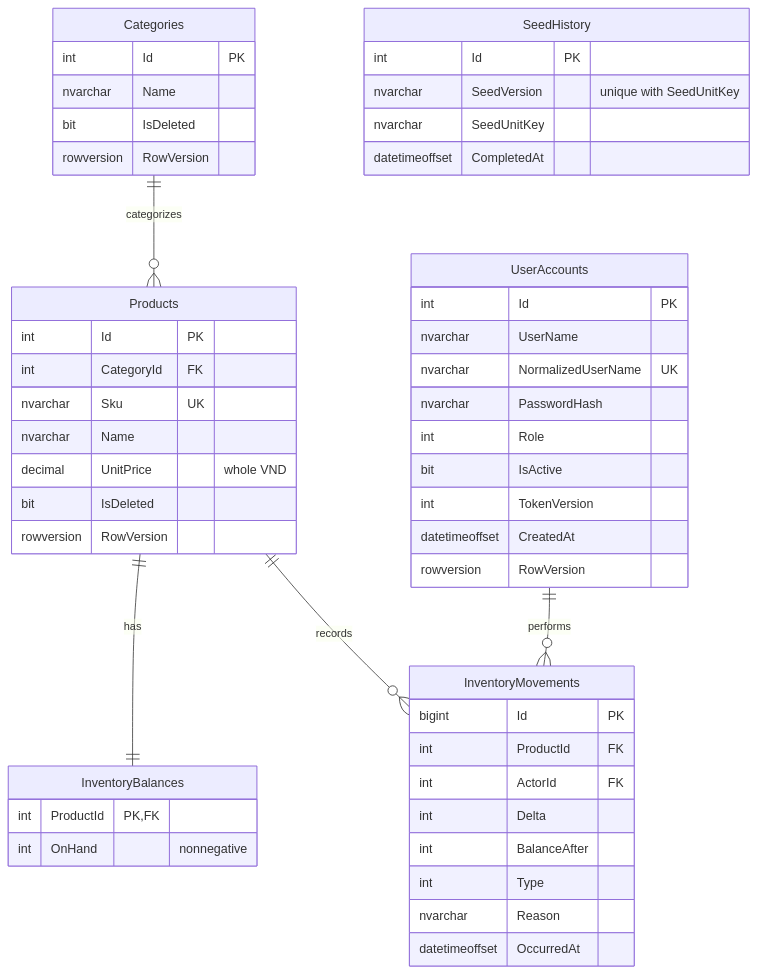
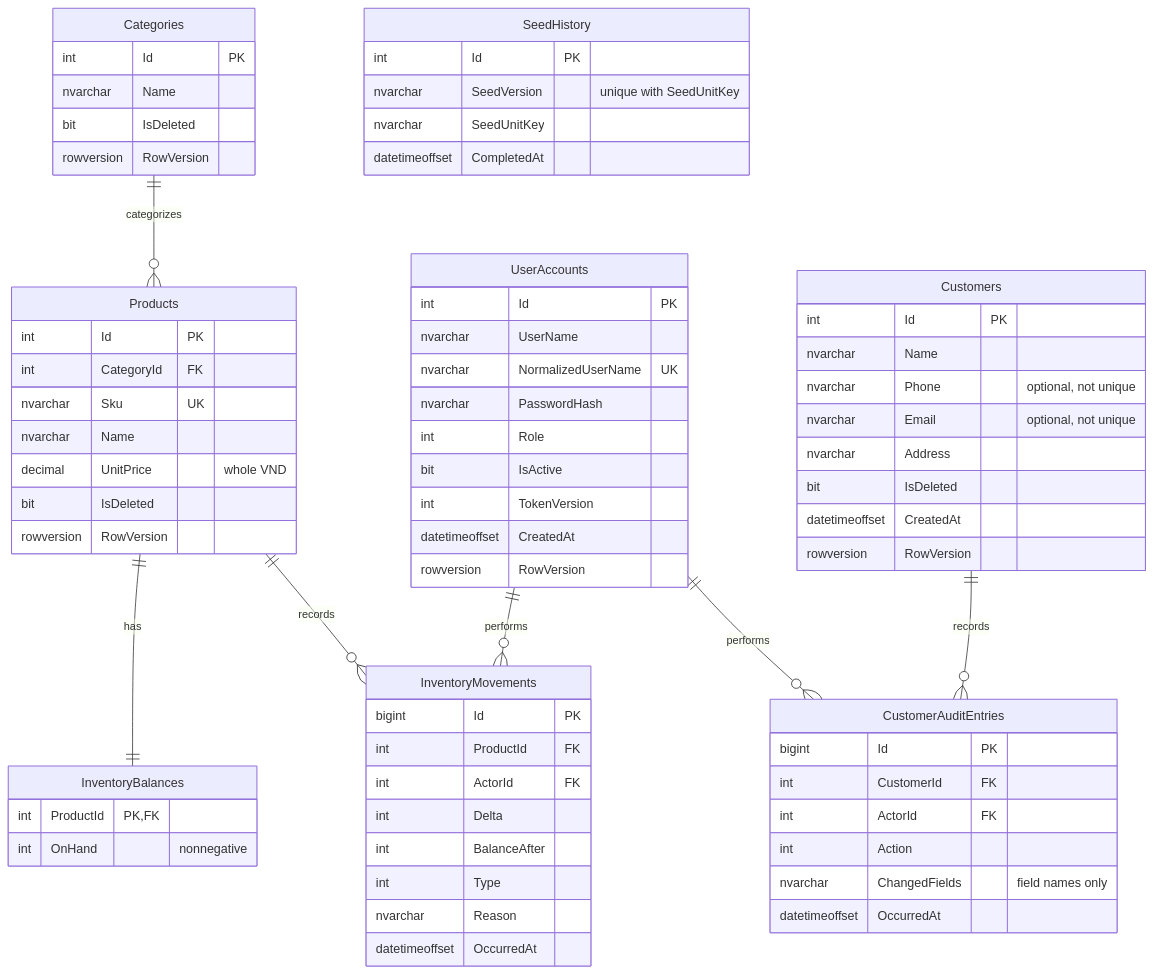
Before and after one commit to pvanh02/Order-Inventory-Management: the diagram in README.md, drawn with Mermaid. The commit also changed other lines of this file and 1 other file, not shown here.

Commit message:
docs: document customer permissions and audit design
Update the API inventory and current ERD for customer profiles and retained audit events.

Record confirmed Customer rules and UC-CUS06 in COMET, align permissions and traceability, and keep Order/Reporting proposals and remaining decisions explicit.

Validation: 255 unit/SQL/HTTP tests passed; locked restore and build passed; additive migration, Compose image builds, repeated migrator and restart checks preserved existing data. Private tests and planning artifacts remain excluded from Git.

````diff
--- a/README.md
+++ b/README.md
@@ -92,53 +101,73 @@
 ```mermaid
 erDiagram
     Categories ||--o{ Products : categorizes
     Products ||--|| InventoryBalances : has
     Products ||--o{ InventoryMovements : records
     UserAccounts ||--o{ InventoryMovements : performs
+    Customers ||--o{ CustomerAuditEntries : records
+    UserAccounts ||--o{ CustomerAuditEntries : performs
+    Customers {
+        int Id PK
+        nvarchar Name
+        nvarchar Phone "optional, not unique"
+        nvarchar Email "optional, not unique"
+        nvarchar Address
+        bit IsDeleted
+        datetimeoffset CreatedAt
+        rowversion RowVersion
+    }
+    CustomerAuditEntries {
+        bigint Id PK
+        int CustomerId FK
+        int ActorId FK
+        int Action
+        nvarchar ChangedFields "field names only"
+        datetimeoffset OccurredAt
+    }
     Categories {
         int Id PK
         nvarchar Name
         bit IsDeleted
         rowversion RowVersion
     }
     Products {
         int Id PK
         int CategoryId FK
         nvarchar Sku UK
         nvarchar Name
         decimal UnitPrice "whole VND"
         bit IsDeleted
         rowversion RowVersion
     }
     InventoryBalances {
         int ProductId PK,FK
         int OnHand "nonnegative"
     }
     InventoryMovements {
         bigint Id PK
         int ProductId FK
         int ActorId FK
         int Delta
         int BalanceAfter
         int Type
         nvarchar Reason
         datetimeoffset OccurredAt
     }
     UserAccounts {
         int Id PK
         nvarchar UserName
         nvarchar NormalizedUserName UK
         nvarchar PasswordHash
         int Role
         bit IsActive
         int TokenVersion
         datetimeoffset CreatedAt
         rowversion RowVersion
     }
     SeedHistory {
         int Id PK
         nvarchar SeedVersion "unique with SeedUnitKey"
         nvarchar SeedUnitKey
         datetimeoffset CompletedAt
     }
 ```
````
